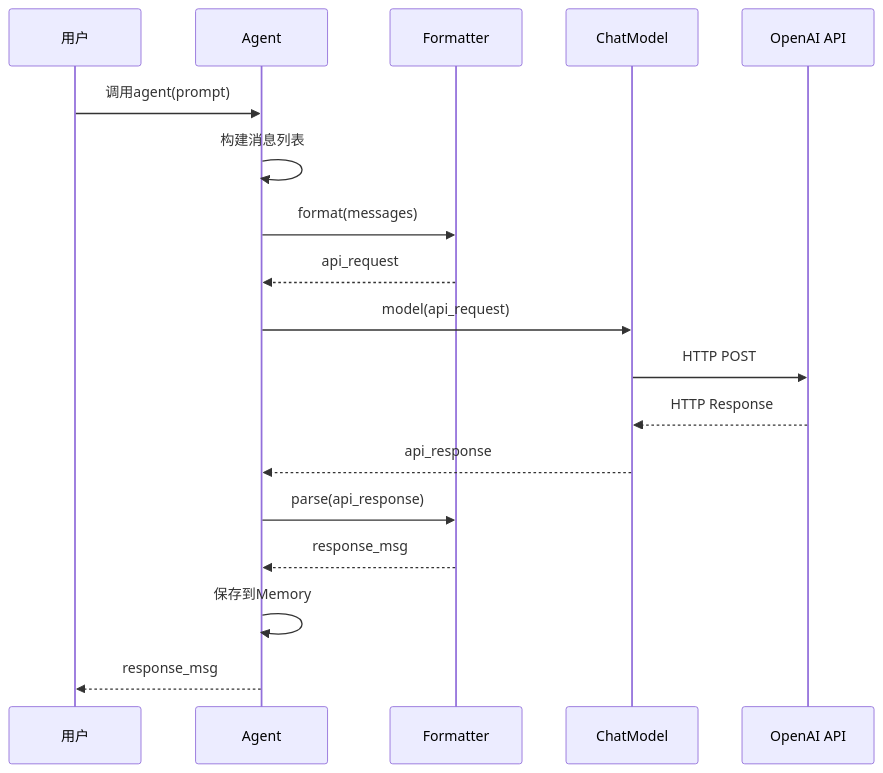
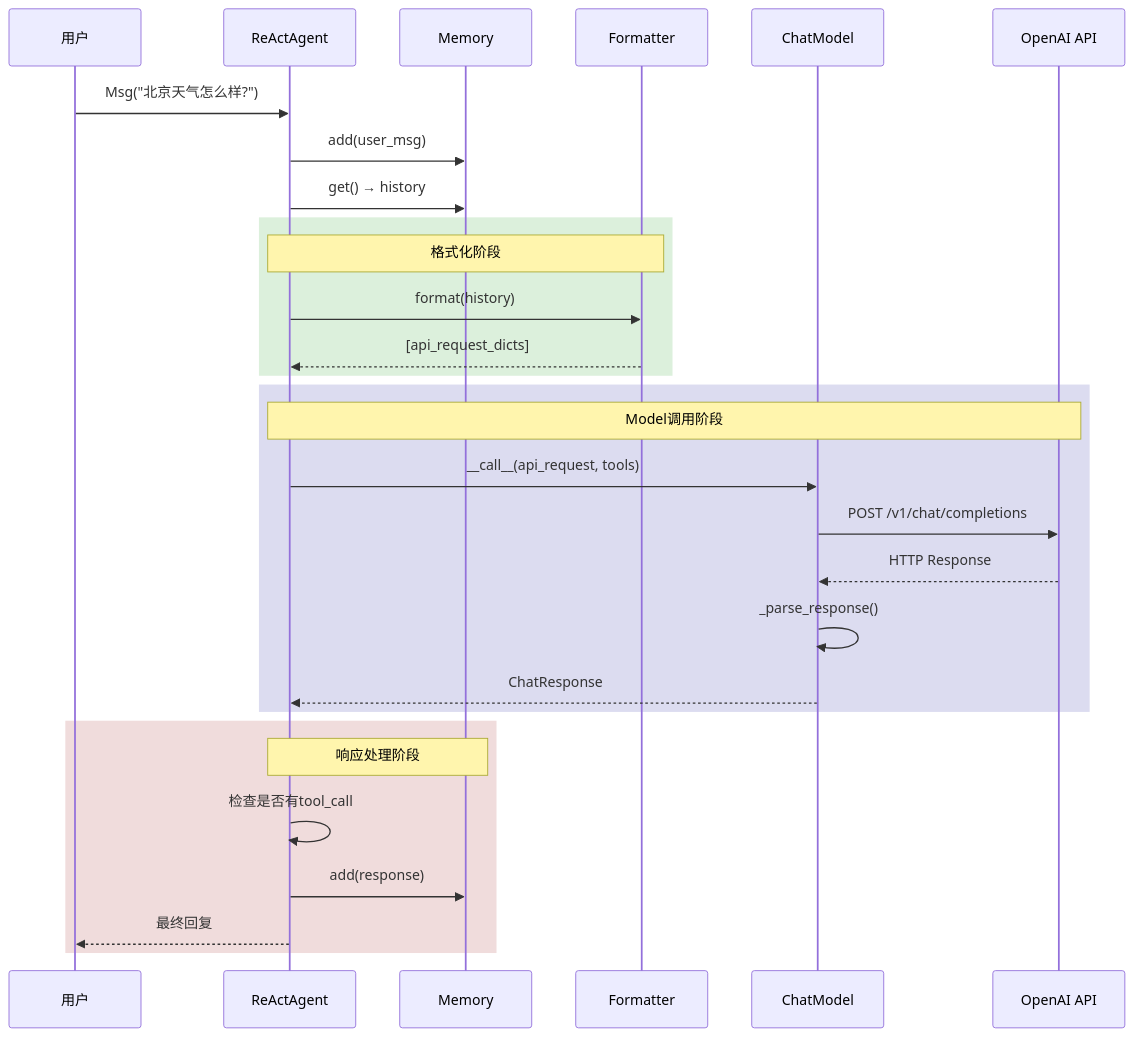
The first of 2 diagrams in teaching/book/practice/station4_model_engine/4-3_trace_model_call.md (agentscope-ai/agentscope), drawn with Mermaid before and after one commit. The commit also changed other lines of this file and 31 other files, not shown here.

````diff
--- a/teaching/book/practice/station4_model_engine/4-3_trace_model_call.md
+++ b/teaching/book/practice/station4_model_engine/4-3_trace_model_call.md
@@ -132,25 +279,36 @@
 ```mermaid
 sequenceDiagram
     participant User as 用户
-    participant Agent as Agent
-    participant Form as Formatter
+    participant Agent as ReActAgent
+    participant Memory as Memory
+    participant Formatter as Formatter
     participant Model as ChatModel
     participant API as OpenAI API
-    
-    User->>Agent: 调用agent(prompt)
-    
-    Agent->>Agent: 构建消息列表
-    Agent->>Form: format(messages)
-    Form-->>Agent: api_request
-    
-    Agent->>Model: model(api_request)
-    Model->>API: HTTP POST
-    API-->>Model: HTTP Response
-    Model-->>Agent: api_response
-    
-    Agent->>Form: parse(api_response)
-    Form-->>Agent: response_msg
-    
-    Agent->>Agent: 保存到Memory
-    Agent-->>User: response_msg
+
+    User->>Agent: Msg("北京天气怎么样?")
+
+    Agent->>Memory: add(user_msg)
+    Agent->>Memory: get() → history
+
+    rect rgb(220, 240, 220)
+        Note over Agent,Formatter: 格式化阶段
+        Agent->>Formatter: format(history)
+        Formatter-->>Agent: [api_request_dicts]
+    end
+
+    rect rgb(220, 220, 240)
+        Note over Agent,API: Model调用阶段
+        Agent->>Model: __call__(api_request, tools)
+        Model->>API: POST /v1/chat/completions
+        API-->>Model: HTTP Response
+        Model->>Model: _parse_response()
+        Model-->>Agent: ChatResponse
+    end
+
+    rect rgb(240, 220, 220)
+        Note over Agent,Memory: 响应处理阶段
+        Agent->>Agent: 检查是否有tool_call
+        Agent->>Memory: add(response)
+        Agent-->>User: 最终回复
+    end
 ```
````
